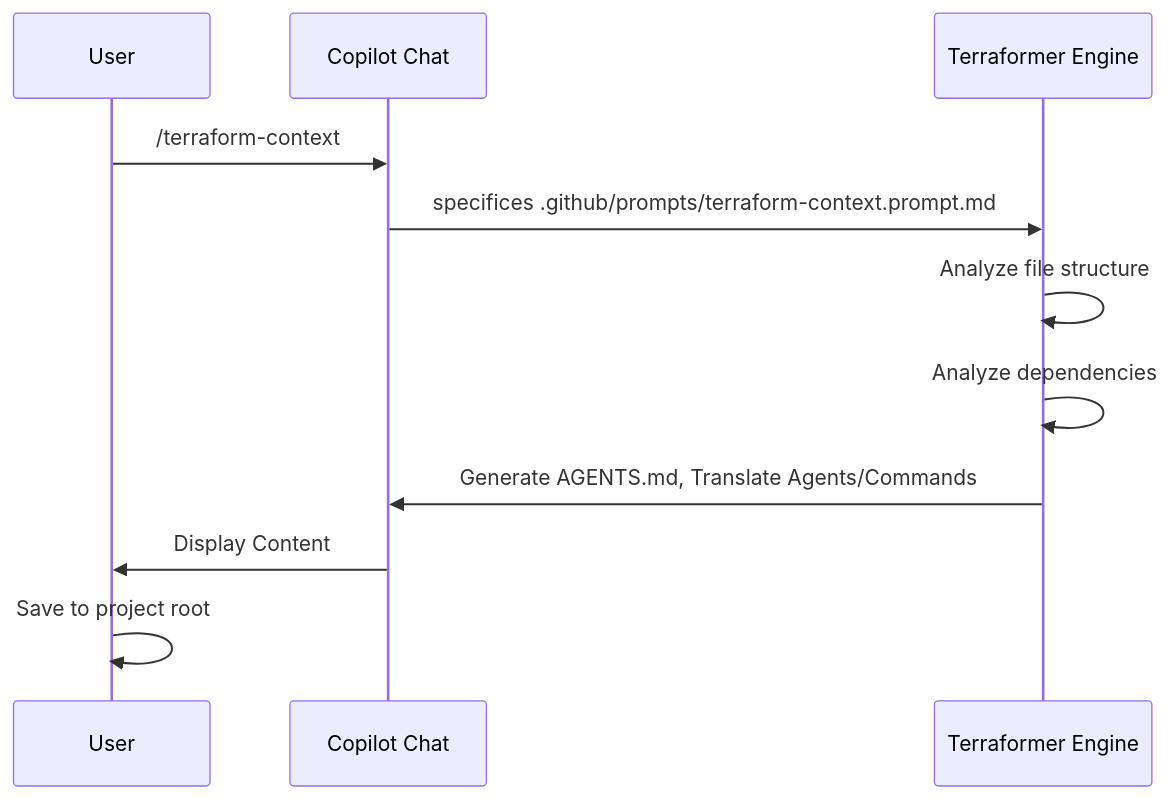
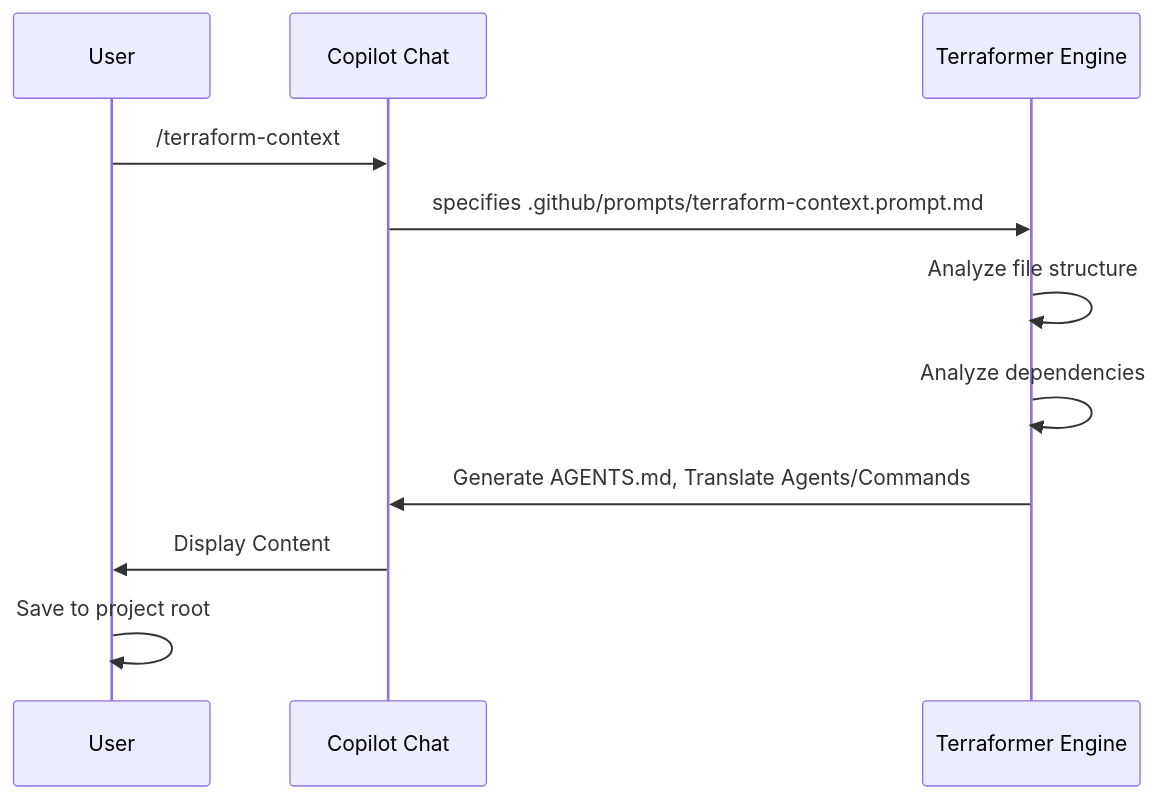
One commit to LongbowXXX/terraformer changed the diagram in docs/architecture/key-flows.md. Above: the diagram before and after it, drawn with Mermaid. The commit also changed 3 other files, not shown here.

````diff
--- a/docs/architecture/key-flows.md
+++ b/docs/architecture/key-flows.md
@@ -17,14 +17,14 @@
 ```mermaid
 sequenceDiagram
     participant User
     participant Copilot as Copilot Chat
     participant Engine as Terraformer Engine
 
     User->>Copilot: /terraform-context
-    Copilot->>Engine: specifices .github/prompts/terraform-context.prompt.md
+    Copilot->>Engine: specifies .github/prompts/terraform-context.prompt.md
     Engine->>Engine: Analyze file structure
     Engine->>Engine: Analyze dependencies
     Engine->>Copilot: Generate AGENTS.md, Translate Agents/Commands
     Copilot->>User: Display Content
     User->>User: Save to project root
 ```
````
